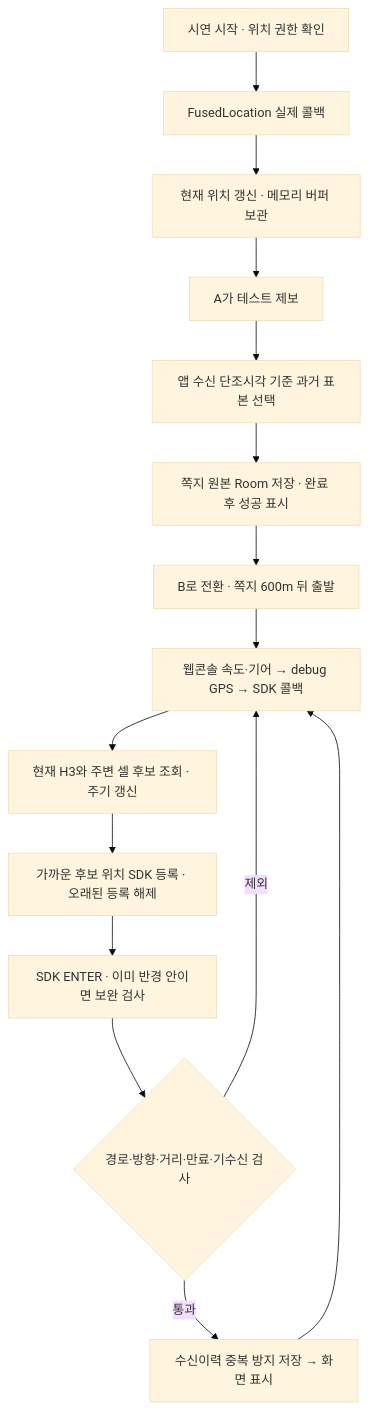
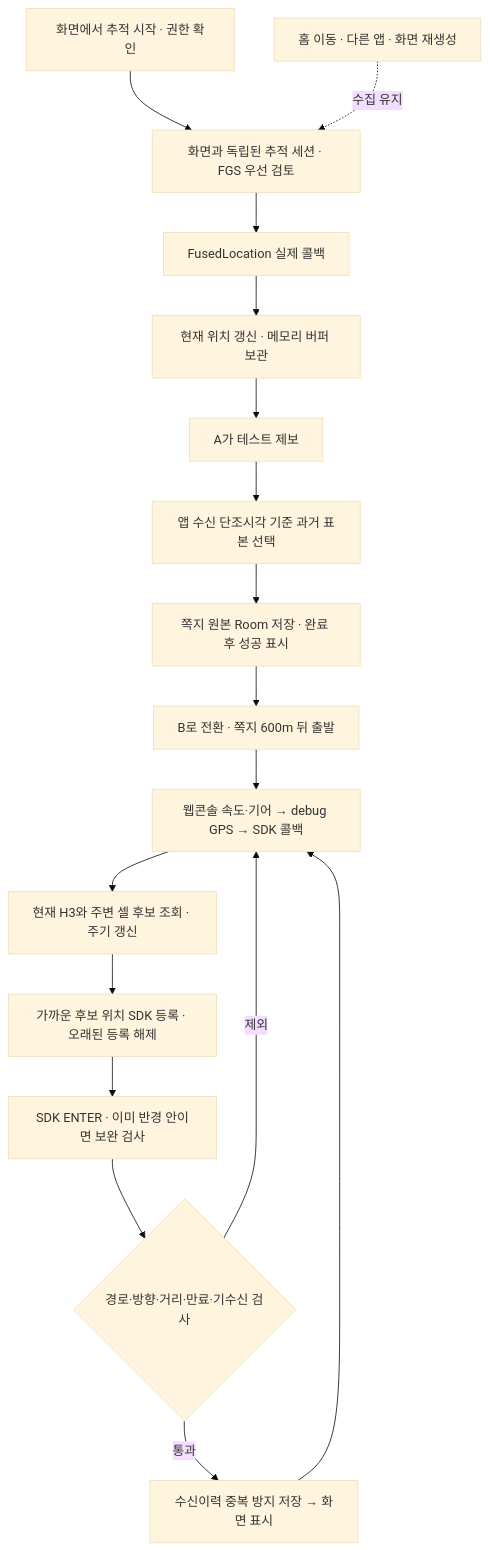
Before and after one commit to jin-kim-240204/hyundai-and-gretel: the diagram in docs/specs/road-notes/00-overview.md, drawn with Mermaid (base theme). The commit also changed other lines of this file and 7 other files, not shown here.

````diff
--- a/docs/specs/road-notes/00-overview.md
+++ b/docs/specs/road-notes/00-overview.md
@@ -23,17 +23,19 @@
 ```mermaid
 flowchart TD
-    Start[시연 시작 · 위치 권한 확인] --> SDK[FusedLocation 실제 콜백]
+    Start[화면에서 추적 시작 · 권한 확인] --> Tracking[화면과 독립된 추적 세션 · FGS 우선 검토]
+    Tracking --> SDK[FusedLocation 실제 콜백]
+    Away[홈 이동 · 다른 앱 · 화면 재생성] -. 수집 유지 .-> Tracking
     SDK --> Buffer[현재 위치 갱신 · 메모리 버퍼 보관]
     Buffer --> Report[A가 테스트 제보]
     Report --> Anchor[앱 수신 단조시각 기준 과거 표본 선택]
     Anchor --> Save[쪽지 원본 Room 저장 · 완료 후 성공 표시]
     Save --> Switch[B로 전환 · 쪽지 600m 뒤 출발]
     Switch --> Drive[웹콘솔 속도·기어 → debug GPS → SDK 콜백]
     Drive --> Cells[현재 H3와 주변 셀 후보 조회 · 주기 갱신]
     Cells --> Register[가까운 후보 위치 SDK 등록 · 오래된 등록 해제]
     Register --> Enter[SDK ENTER · 이미 반경 안이면 보완 검사]
     Enter --> Check{경로·방향·거리·만료·기수신 검사}
     Check -->|통과| Receipt[수신이력 중복 방지 저장 → 화면 표시]
     Check -->|제외| Drive
     Receipt --> Drive
 ```
````
